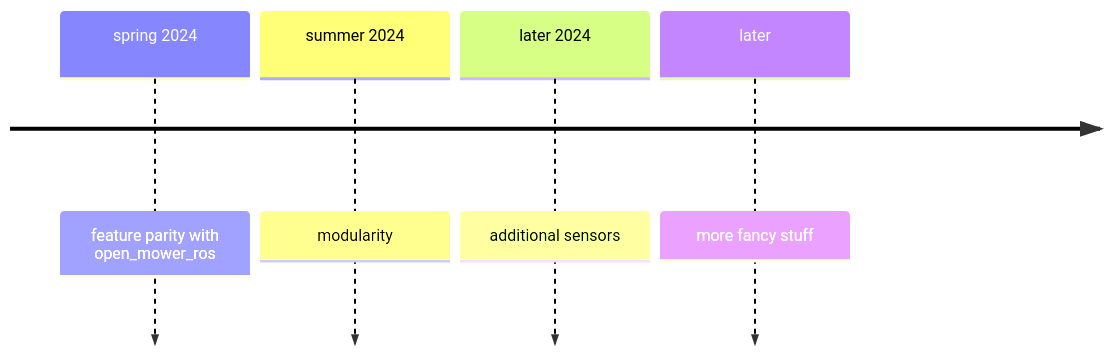
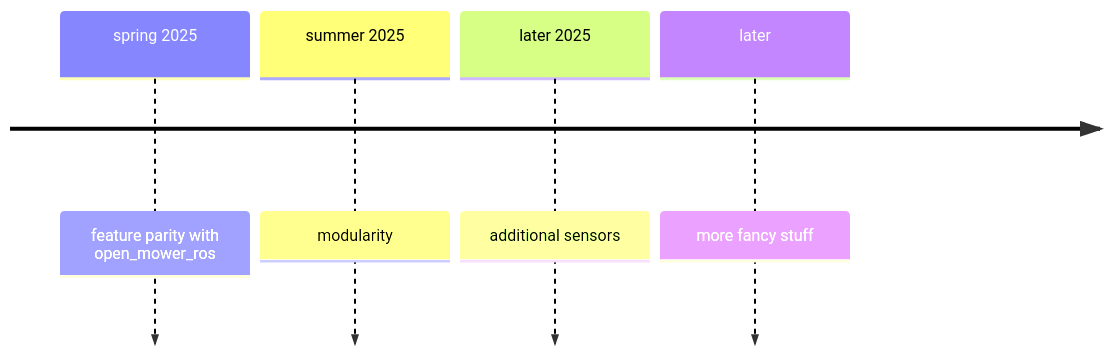
The diagram in docs/roadmap.md (jkaflik/OpenMowerROS2), drawn with Mermaid before and after one commit. The commit also changed 40 other files, not shown here.

First line of the commit message:
OpenMowerNext (#27)

````diff
--- a/docs/roadmap.md
+++ b/docs/roadmap.md
@@ -14,7 +14,7 @@
 ```mermaid
 timeline
-    spring 2024: feature parity with open_mower_ros
-    summer 2024: modularity
-    later 2024: additional sensors
+    spring 2025: feature parity with open_mower_ros
+    summer 2025: modularity
+    later 2025: additional sensors
     later: more fancy stuff
 ```
````
